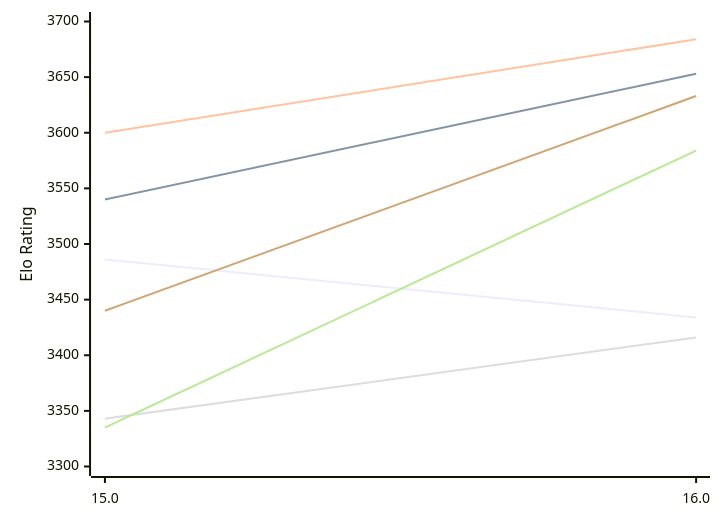
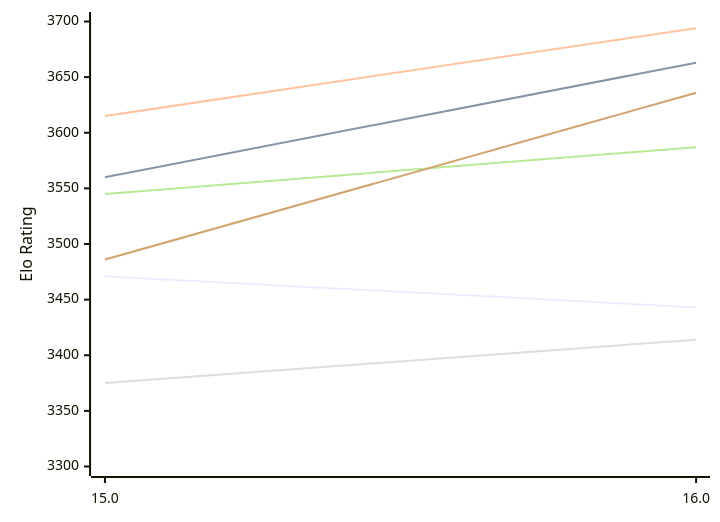
The first of 2 diagrams in engines/Obsidian.md (computer-chess-index/cci), drawn with Mermaid before and after one commit. The commit also changed other lines of this file, not shown here.

Commit message:
Update CCI Ratings (ELO VLTC) - 2026-11-16

````diff
--- a/engines/Obsidian.md
+++ b/engines/Obsidian.md
@@ -52,12 +52,12 @@
 ```mermaid
 %%{init: {"theme":"base","themeVariables":{"seriesColors:['#a3a3a3','#222221','#faa371']}}}%%
 xychart-beta
   x-axis ["15.0", "16.0"]
   y-axis "Elo Rating" 3300 --> 3700
-  line "E1: STC (8.0+0.08s)" [3486, 3434]
-  line "E1: LTC (60.0+0.60s)" [3540, 3653]
-  line "E1: VLTC (2m24s+1.12s)" [3600, 3684]
-  line "P1: STC (8.0+0.08s)" [3343, 3416]
-  line "P1: LTC (60.0+0.60s)" [3335, 3584]
-  line "P1: VLTC (2m24s+1.12s)" [3440, 3633]
+  line "E1: STC (8.0+0.08s)" [3471, 3443]
+  line "E1: LTC (60.0+0.60s)" [3560, 3663]
+  line "E1: VLTC (2m24s+1.12s)" [3615, 3694]
+  line "P1: STC (8.0+0.08s)" [3375, 3414]
+  line "P1: LTC (60.0+0.60s)" [3545, 3587]
+  line "P1: VLTC (2m24s+1.12s)" [3486, 3636]
 ```
````
